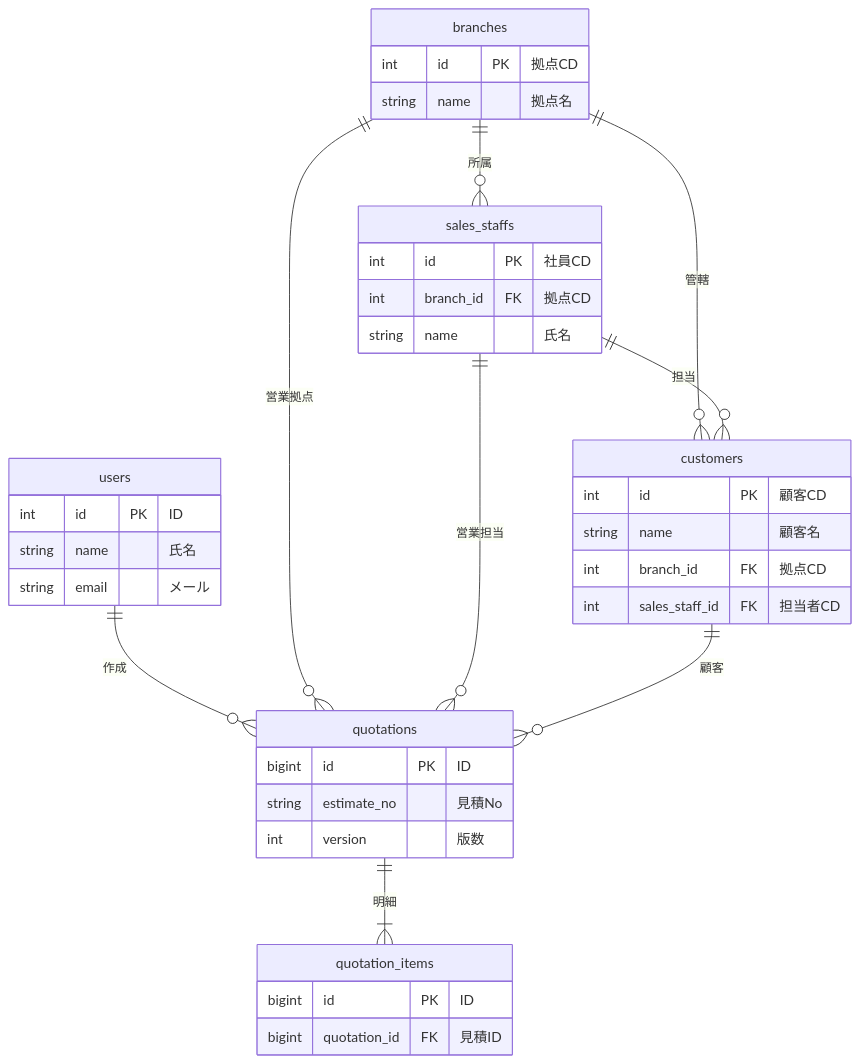
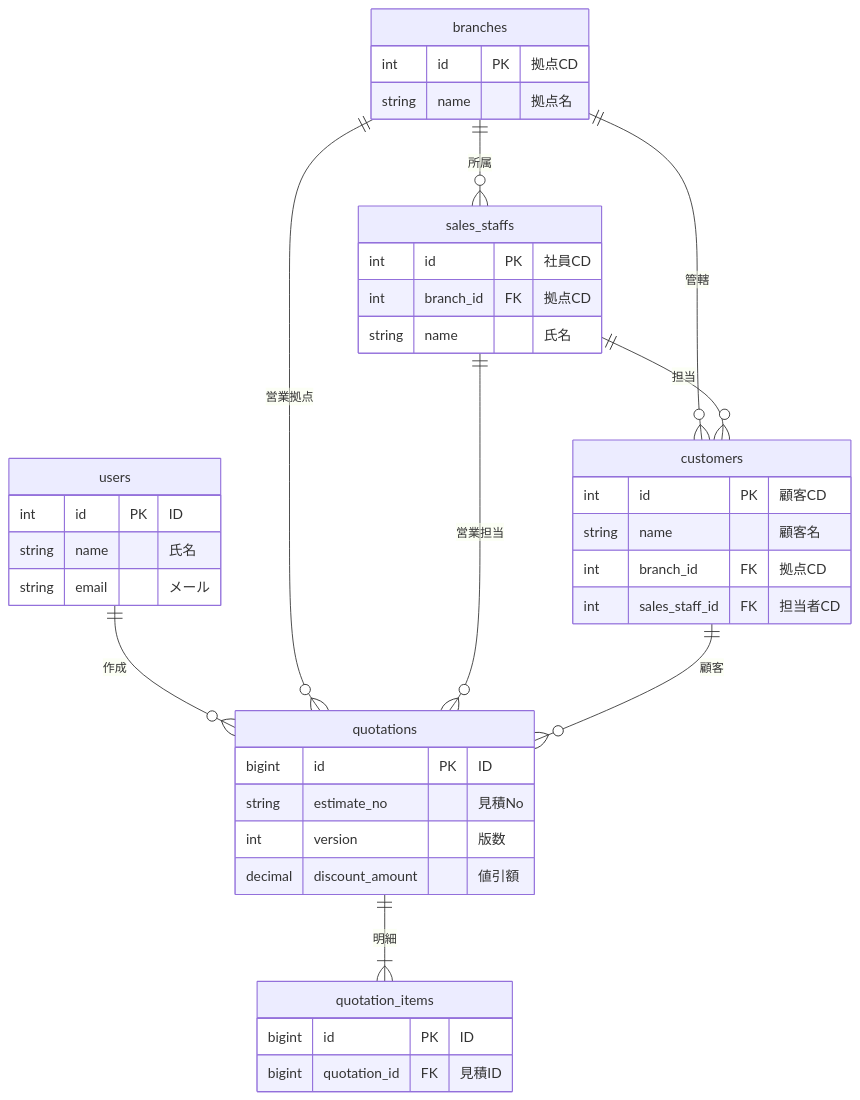
The diagram in backend/DATABASE.md (gantaro-max/quotation-app), drawn with Mermaid before and after one commit. The commit also changed other lines of this file and 10 other files, not shown here.

````diff
--- a/backend/DATABASE.md
+++ b/backend/DATABASE.md
@@ -10,43 +9,44 @@
 ```mermaid
 erDiagram
     branches ||--o{ sales_staffs : "所属"
     branches ||--o{ customers : "管轄"
     sales_staffs ||--o{ customers : "担当"
 
     users ||--o{ quotations : "作成"
     branches ||--o{ quotations : "営業拠点"
     sales_staffs ||--o{ quotations : "営業担当"
     customers ||--o{ quotations : "顧客"
 
     quotations ||--|{ quotation_items : "明細"
 
     branches {
         int id PK "拠点CD"
         string name "拠点名"
     }
     users {
         int id PK "ID"
         string name "氏名"
         string email "メール"
     }
     sales_staffs {
         int id PK "社員CD"
         int branch_id FK "拠点CD"
         string name "氏名"
     }
     customers {
         int id PK "顧客CD"
         string name "顧客名"
         int branch_id FK "拠点CD"
         int sales_staff_id FK "担当者CD"
     }
     quotations {
         bigint id PK "ID"
         string estimate_no "見積No"
         int version "版数"
+        decimal discount_amount "値引額"
     }
     quotation_items {
         bigint id PK "ID"
         bigint quotation_id FK "見積ID"
     }
 ```
````
